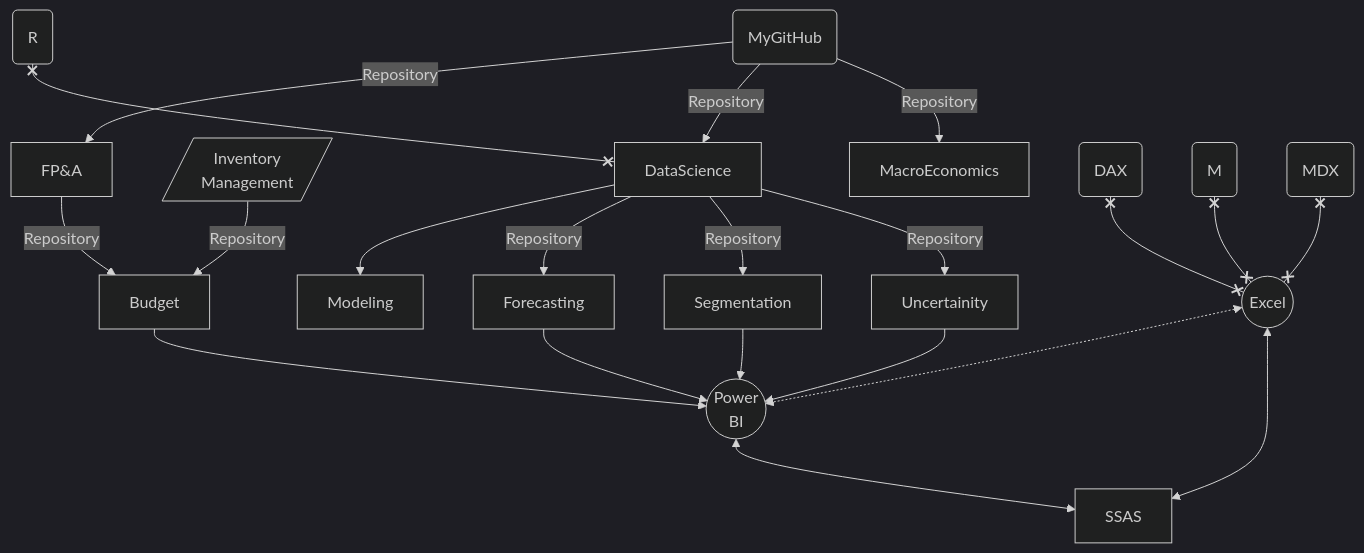
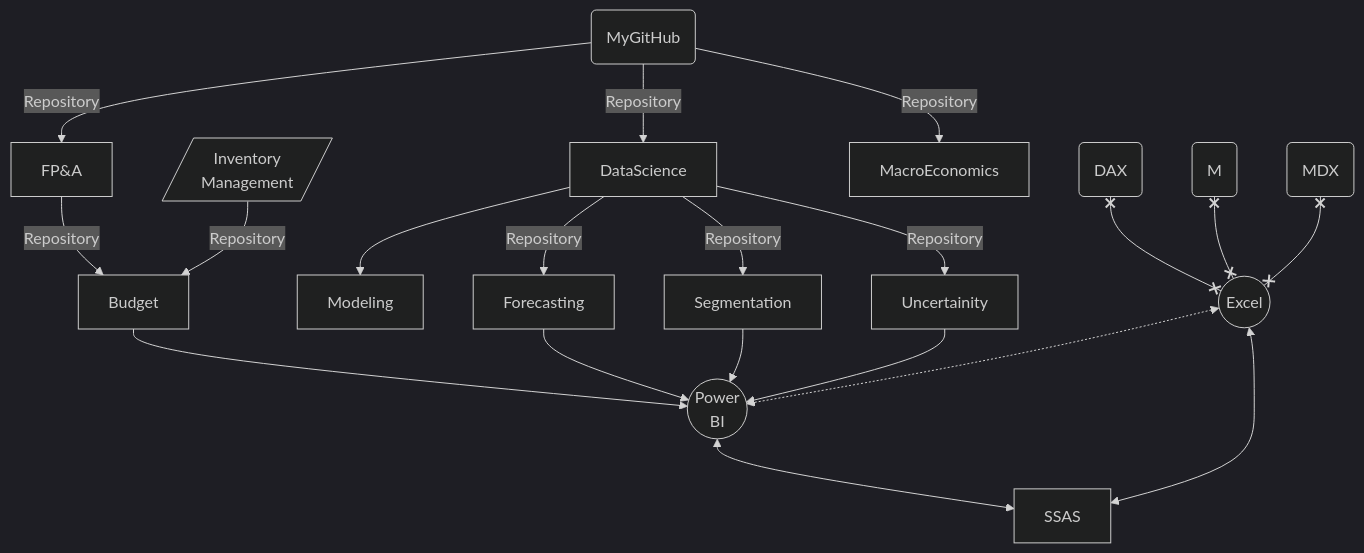
Before and after one commit to md3629/md3629: the diagram in README.md, drawn with Mermaid (dark theme).

````diff
--- a/README.md
+++ b/README.md
@@ -9,24 +9,24 @@
 ```mermaid
 graph TD;
     my(MyGitHub)-->|Repository|FP&A;
     Inv[/Inventory<br>Management/]-->|Repository|Budget;
     FP&A-->|Repository|Budget;
-    R( R )x--xDataScience;
+    
     my(MyGitHub)-->|Repository|DataScience;
     my(MyGitHub)-->|Repository|MacroEconomics;
     DataScience-->Modeling;
     DataScience--Repository-->Forecasting;
     DataScience--Repository-->Segmentation;
     DataScience--Repository-->Uncertainity;
     Uncertainity-->P((Power<br>BI));
     Forecasting-->P((Power<br>BI));
     Segmentation-->P((Power<br>BI));
     Budget-->P((Power<br>BI));
     
     D(DAX)x--xE((Excel));
     M(M)x--xE((Excel));
     E((Excel))<-.->P((Power<br>BI));
     A(MDX)x--xE((Excel));
     E((Excel))<-->SSAS;
     P((Power<br>BI))<-->SSAS;
 ```
````
